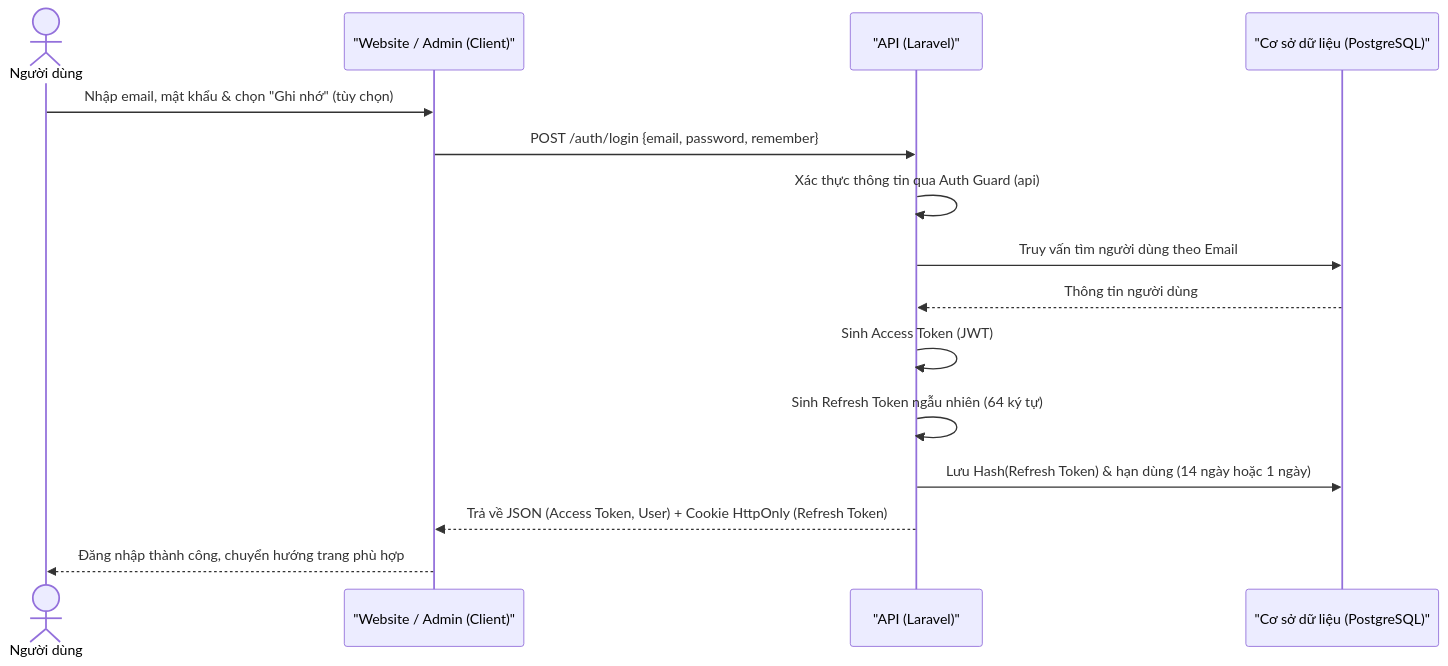
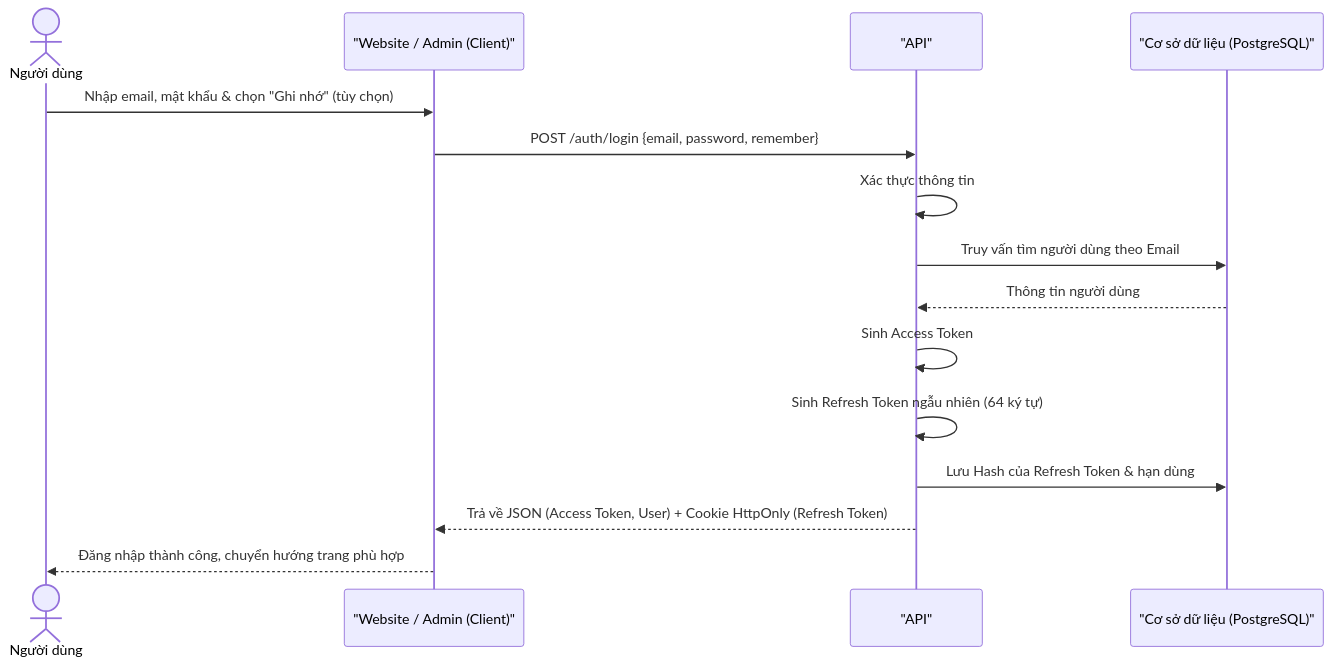
Before and after one commit to TayDuyNguyen/DATN_Document: the fifth of 9 diagrams in bao-cao-do-an-danangtrip-md/03_chuong_2_phan_tich_thiet_ke_he_thong.md, drawn with Mermaid. The commit also changed other lines of this file and 9 other files, not shown here.

````diff
--- a/bao-cao-do-an-danangtrip-md/03_chuong_2_phan_tich_thiet_ke_he_thong.md
+++ b/bao-cao-do-an-danangtrip-md/03_chuong_2_phan_tich_thiet_ke_he_thong.md
@@ -398,18 +398,18 @@
 ```mermaid
 sequenceDiagram
     actor U as Người dùng
     participant W as "Website / Admin (Client)"
-    participant API as "API (Laravel)"
+    participant API as "API"
     participant DB as "Cơ sở dữ liệu (PostgreSQL)"
 
     U->>W: Nhập email, mật khẩu & chọn "Ghi nhớ" (tùy chọn)
     W->>API: POST /auth/login {email, password, remember}
-    API->>API: Xác thực thông tin qua Auth Guard (api)
+    API->>API: Xác thực thông tin
     API->>DB: Truy vấn tìm người dùng theo Email
     DB-->>API: Thông tin người dùng
-    API->>API: Sinh Access Token (JWT)
+    API->>API: Sinh Access Token
     API->>API: Sinh Refresh Token ngẫu nhiên (64 ký tự)
-    API->>DB: Lưu Hash(Refresh Token) & hạn dùng (14 ngày hoặc 1 ngày)
+    API->>DB: Lưu Hash của Refresh Token & hạn dùng
     API-->>W: Trả về JSON (Access Token, User) + Cookie HttpOnly (Refresh Token)
     W-->>U: Đăng nhập thành công, chuyển hướng trang phù hợp
 ```
````
